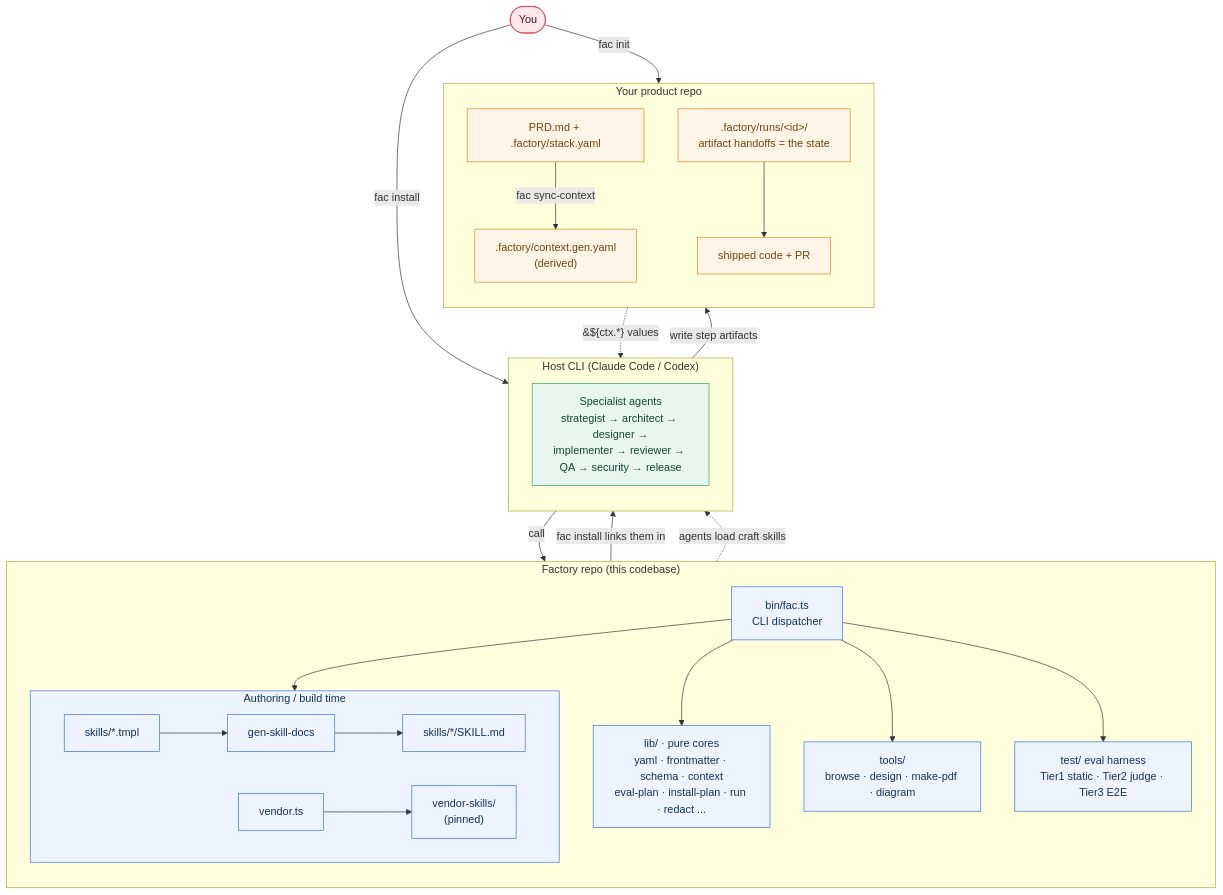
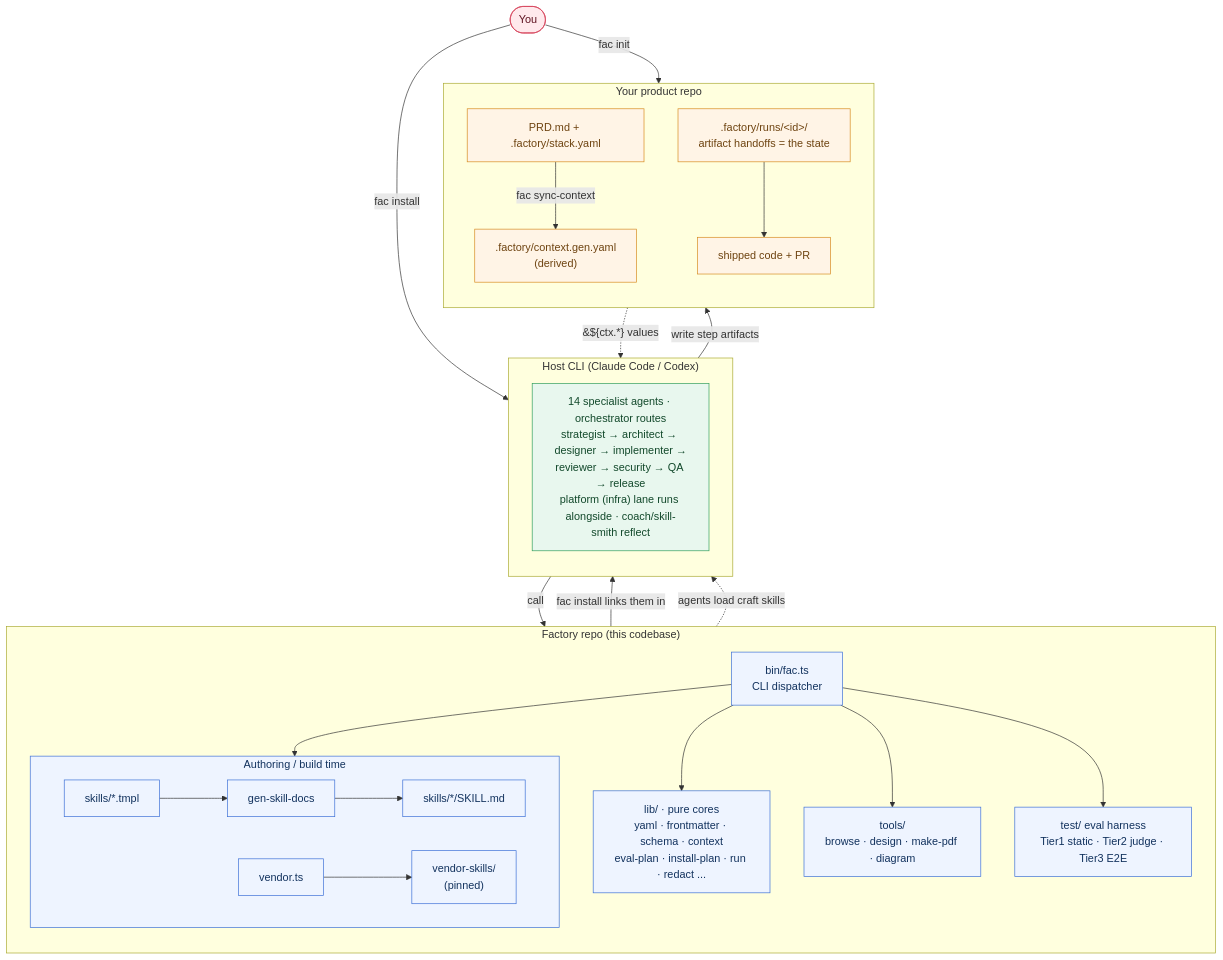
The fourth of 6 diagrams in docs/architecture.md (rahulgupta2018/ai-software-factory), drawn with Mermaid before and after one commit. The commit also changed other lines of this file and 19 other files, not shown here.

````diff
--- a/docs/architecture.md
+++ b/docs/architecture.md
@@ -232,54 +261,54 @@
 ```mermaid
 flowchart TB
     User(["You"])
 
     subgraph FAC["Factory repo (this codebase)"]
         direction TB
         CLI["bin/fac.ts<br/>CLI dispatcher"]
         subgraph BUILD["Authoring / build time"]
             direction LR
             TMPL["skills/*.tmpl"] --> GENSK["gen-skill-docs"] --> SKMD["skills/*/SKILL.md"]
             VEND["vendor.ts"] --> VS["vendor-skills/<br>(pinned)"]
         end
         LIBS["lib/ · pure cores<br/>yaml · frontmatter · schema · context<br/>eval-plan · install-plan · run · redact ..."]
         TOOLS["tools/<br/>browse · design · make-pdf · diagram"]
         HARNESS["test/ eval harness<br/>Tier1 static · Tier2 judge · Tier3 E2E"]
     end
 
     subgraph HOST["Host CLI (Claude Code / Codex)"]
         direction TB
-        AGENTS["Specialist agents<br/>strategist → architect → designer →<br/>implementer → reviewer → QA → security → release"]
+        AGENTS["14 specialist agents · orchestrator routes<br/>strategist → architect → designer → implementer →<br/>reviewer → security → QA → release<br/>platform (infra) lane runs alongside · coach/skill-smith reflect"]
     end
 
     subgraph PROD["Your product repo"]
         direction TB
         PRD2["PRD.md + .factory/stack.yaml"]
         CTX2[".factory/context.gen.yaml<br/>(derived)"]
         RUNS[".factory/runs/&lt;id&gt;/<br/>artifact handoffs = the state"]
         CODE["shipped code + PR"]
     end
 
     User -->|"fac init"| PROD
     User -->|"fac install"| HOST
     CLI --> BUILD
     CLI --> LIBS
     CLI --> TOOLS
     CLI --> HARNESS
 
     SKMD -->|"fac install links them in"| AGENTS
     VS -.->|"agents load craft skills"| AGENTS
     PRD2 -->|"fac sync-context"| CTX2
     CTX2 -.->|"&#36;{ctx.*} values"| AGENTS
     AGENTS -->|"call"| TOOLS
     AGENTS -->|"write step artifacts"| RUNS
     RUNS --> CODE
 
     classDef u fill:#ffe9ec,stroke:#d6435b,color:#5e1220;
     classDef fac fill:#eef4ff,stroke:#3b6fd6,color:#12325e;
     classDef host fill:#e8f7ee,stroke:#2f9e5b,color:#12492b;
     classDef prod fill:#fff4e6,stroke:#d68a1e,color:#6e4310;
     class User u;
     class CLI,BUILD,LIBS,TOOLS,HARNESS,TMPL,GENSK,SKMD,VEND,VS fac;
     class AGENTS host;
     class PRD2,CTX2,RUNS,CODE prod;
 ```
````
